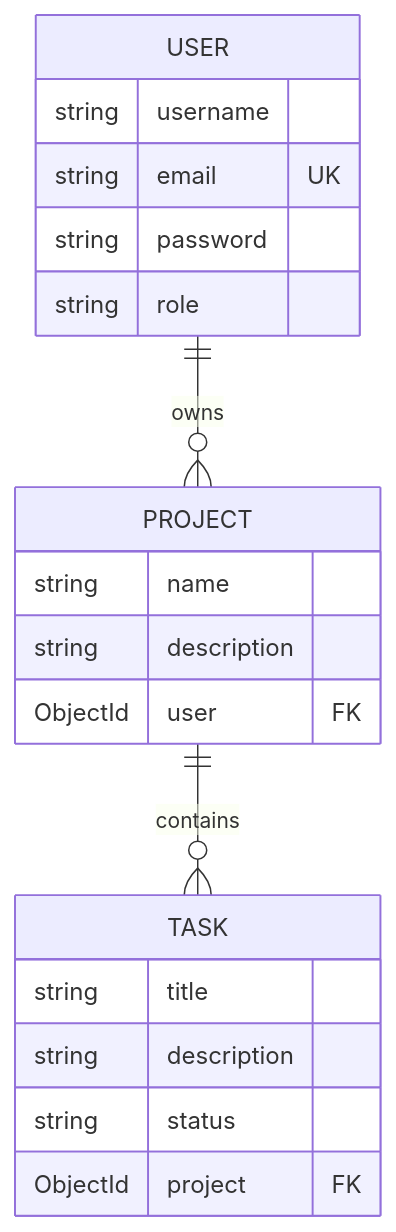
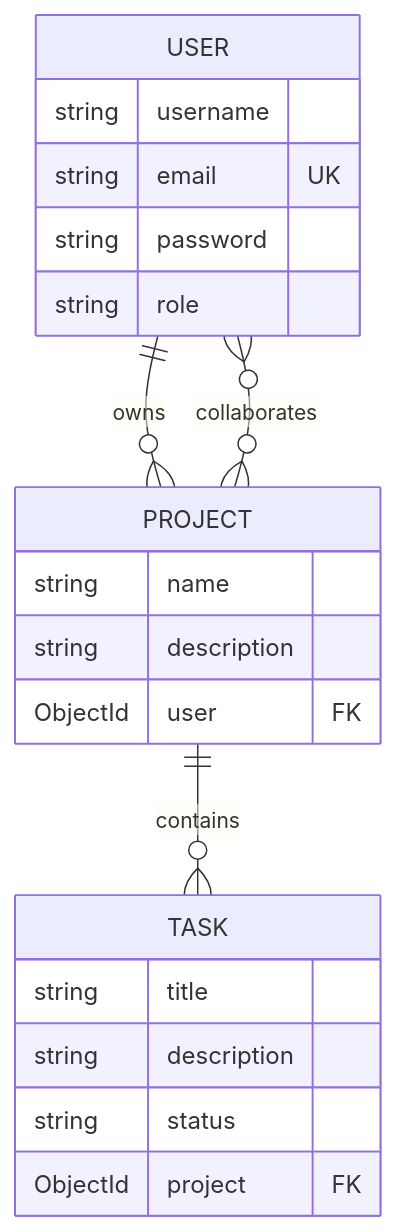
One commit to baldemoussa/Full-Stack-MERN-Application-Pro-Tasker changed the first of 3 diagrams in DOCUMENTATION.md. Above: the diagram before and after it, drawn with Mermaid. The commit also changed other lines of this file and 16 other files, not shown here.

````diff
--- a/DOCUMENTATION.md
+++ b/DOCUMENTATION.md
@@ -198,22 +200,23 @@
 ```mermaid
 erDiagram
   USER ||--o{ PROJECT : owns
+  USER }o--o{ PROJECT : collaborates
   PROJECT ||--o{ TASK : contains
   USER {
     string username
     string email UK
     string password
     string role
   }
   PROJECT {
     string name
     string description
     ObjectId user FK
   }
   TASK {
     string title
     string description
     string status
     ObjectId project FK
   }
 ```
````
